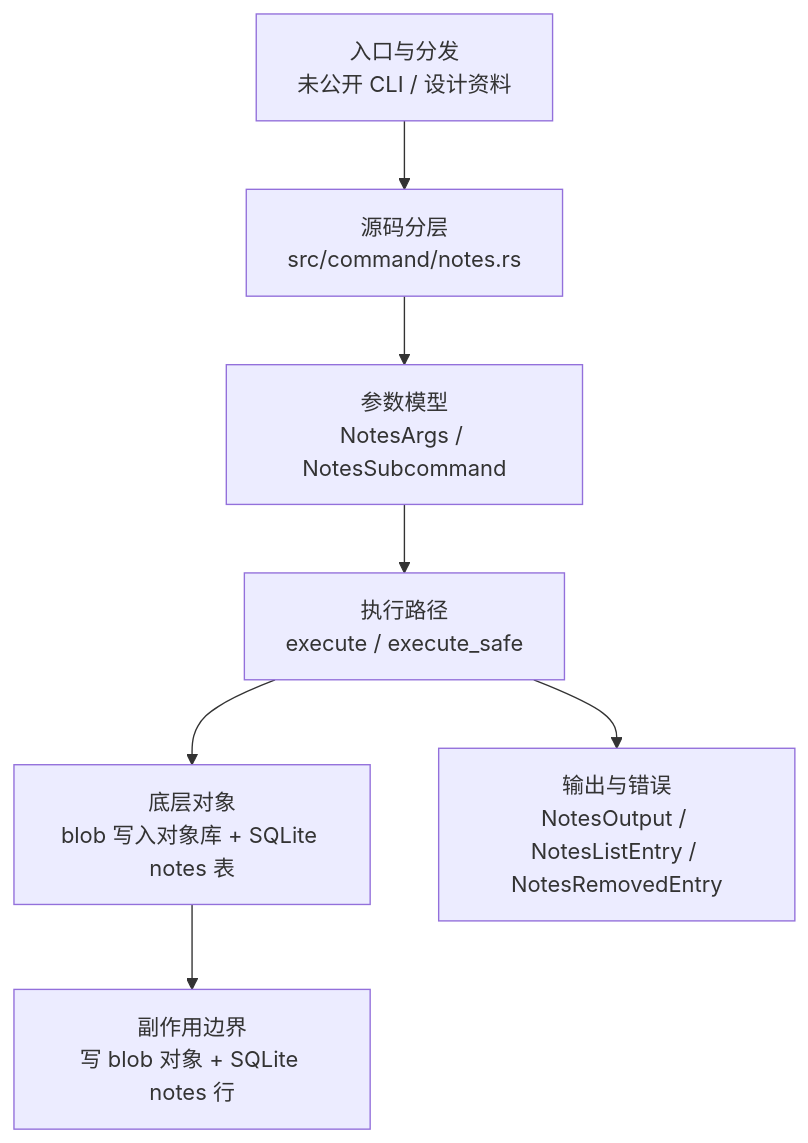
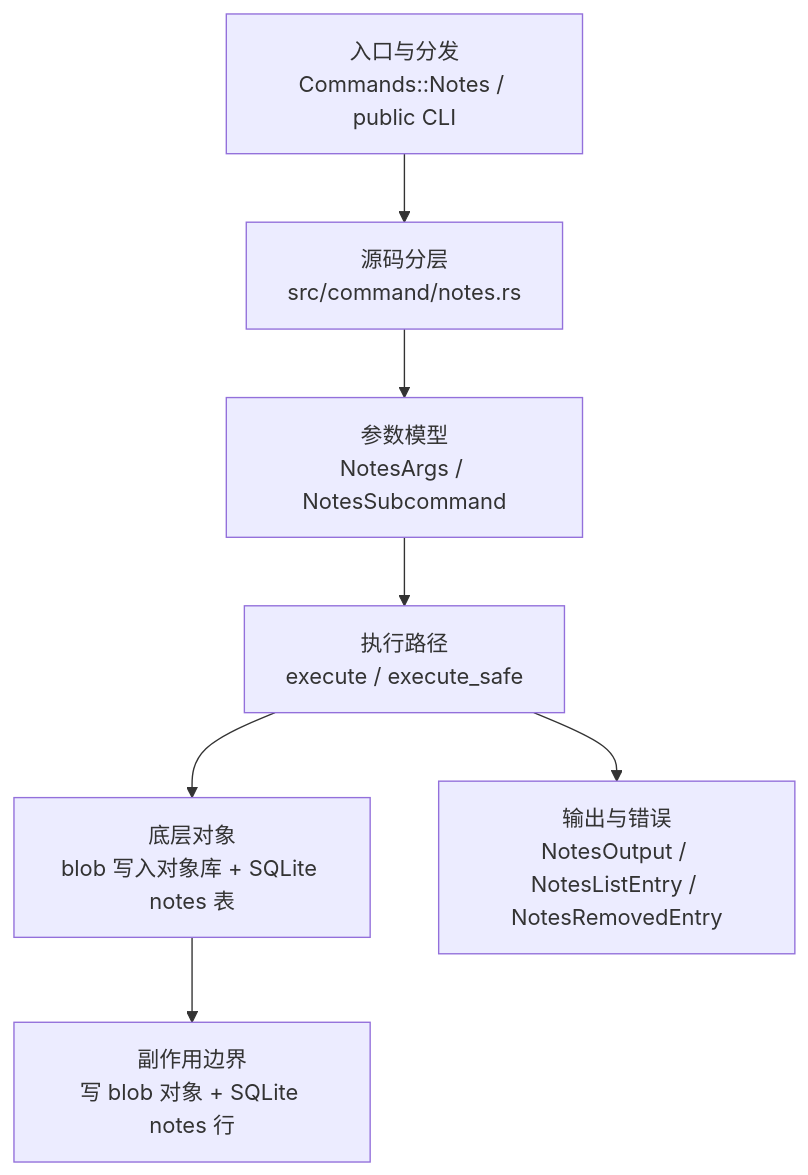
The diagram in docs/development/commands/notes.md (web3infra-foundation/libra), drawn with Mermaid before and after one commit. The commit also changed other lines of this file and 23 other files, not shown here.

Commit message:
feat(notes): expose notes CLI, register notes table migration, fix archive runner scenario, bump v0.17.1473

````diff
--- a/docs/development/commands/notes.md
+++ b/docs/development/commands/notes.md
@@ -22,9 +20,9 @@
 ```mermaid
 flowchart TD
-    A["入口与分发<br/>未公开 CLI / 设计资料"] --> B["源码分层<br/>src/command/notes.rs"]
+    A["入口与分发<br/>Commands::Notes / public CLI"] --> B["源码分层<br/>src/command/notes.rs"]
     B --> C["参数模型<br/>NotesArgs / NotesSubcommand"]
     C --> D["执行路径<br/>execute / execute_safe"]
     D --> E["底层对象<br/>blob 写入对象库 + SQLite notes 表"]
     D --> F["输出与错误<br/>NotesOutput / NotesListEntry / NotesRemovedEntry"]
     E --> G["副作用边界<br/>写 blob 对象 + SQLite notes 行"]
 ```
````
